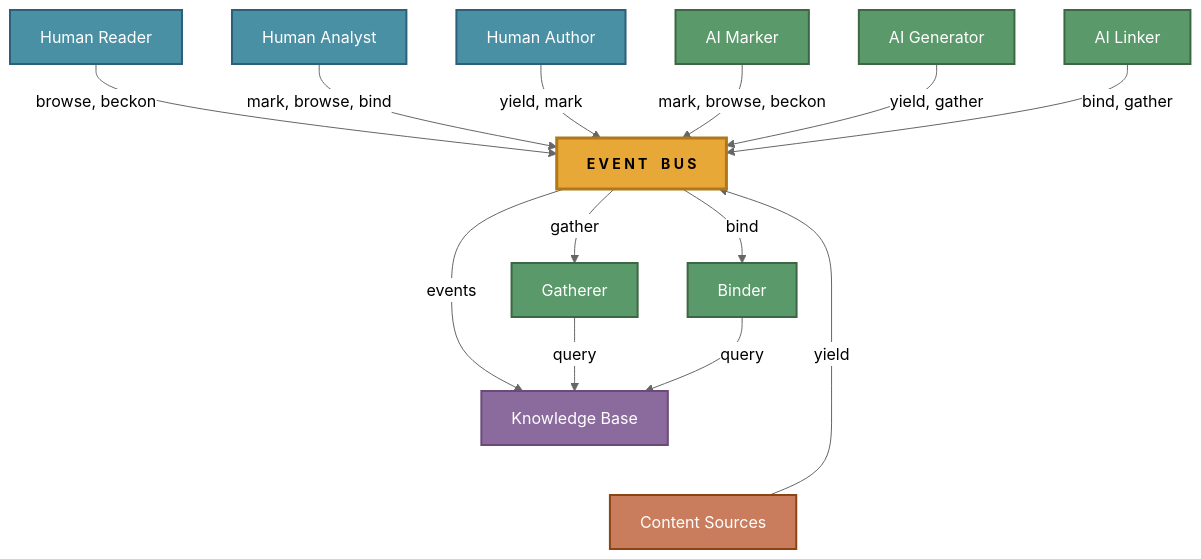
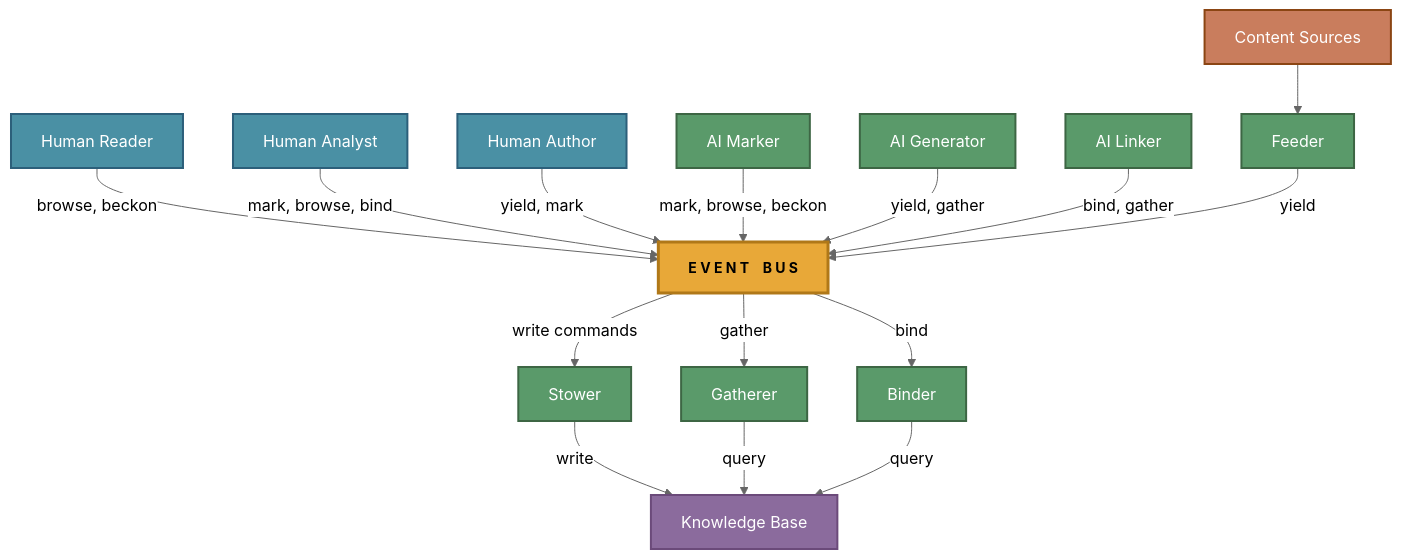
Before and after one commit to The-AI-Alliance/semiont: the first of 3 diagrams in docs/ARCHITECTURE-NEXT.md, drawn with Mermaid (neutral theme). The commit also changed other lines of this file, not shown here.

Commit message:
update architecture diagrams, etc

````diff
--- a/docs/ARCHITECTURE-NEXT.md
+++ b/docs/ARCHITECTURE-NEXT.md
@@ -17,34 +17,35 @@
 ```mermaid
 graph TD
     READER["Human Reader"] -->|"browse, beckon"| BUS
     ANALYST["Human Analyst"] -->|"mark, browse, bind"| BUS
     AUTHOR["Human Author"] -->|"yield, mark"| BUS
     MARKER["AI Marker"] -->|"mark, browse, beckon"| BUS
     GENERATOR["AI Generator"] -->|"yield, gather"| BUS
     LINKER["AI Linker"] -->|"bind, gather"| BUS
 
     BUS["E V E N T &ensp; B U S"]
 
-    BUS -->|"events"| KB["Knowledge Base"]
+    BUS -->|"write commands"| STOWER["Stower"]
     BUS -->|"gather"| GATHERER["Gatherer"]
     BUS -->|"bind"| BINDER["Binder"]
+    STOWER -->|"write"| KB["Knowledge Base"]
     GATHERER -->|"query"| KB
     BINDER -->|"query"| KB
 
-    SOURCES["Content Sources"] -->|"yield"| BUS
-    KB ~~~ SOURCES
+    SOURCES["Content Sources"] --> FEEDER["Feeder"]
+    FEEDER -->|"yield"| BUS
 
     classDef bus fill:#e8a838,stroke:#b07818,stroke-width:3px,color:#000,font-weight:bold,font-size:14px
     classDef human fill:#4a90a4,stroke:#2c5f7a,stroke-width:2px,color:#fff
     classDef ai fill:#5a9a6a,stroke:#3d6644,stroke-width:2px,color:#fff
     classDef kb fill:#8b6b9d,stroke:#6b4a7a,stroke-width:2px,color:#fff
     classDef stream fill:#c97d5d,stroke:#8b4513,stroke-width:2px,color:#fff
     classDef worker fill:#5a9a6a,stroke:#3d6644,stroke-width:2px,color:#fff
 
     class READER,ANALYST,AUTHOR human
     class MARKER,GENERATOR,LINKER ai
     class BUS bus
     class KB kb
     class SOURCES stream
-    class GATHERER,BINDER worker
+    class FEEDER,STOWER,GATHERER,BINDER worker
 ```
````
